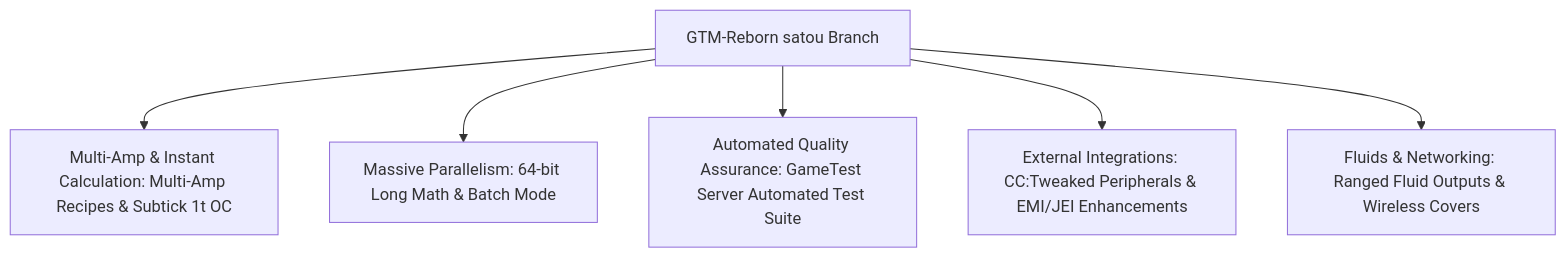
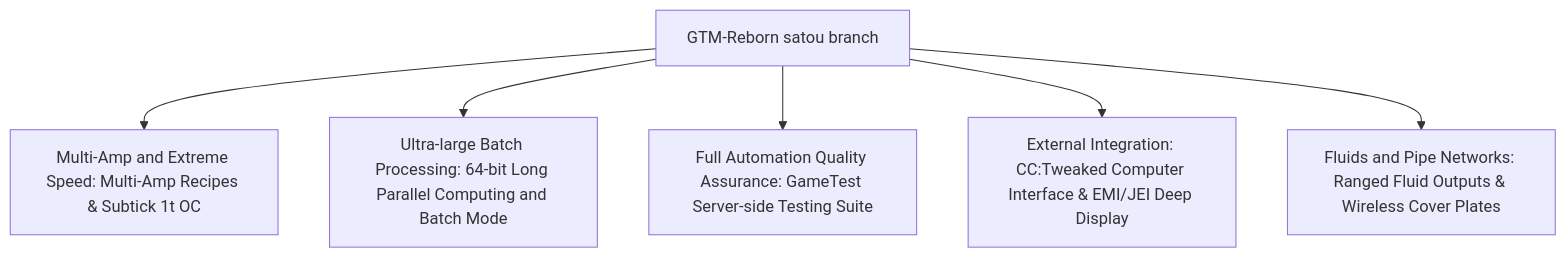
The diagram in docs/en/gtm-reborn/index.md (takanashisatou/GregtechEasy), drawn with Mermaid before and after one commit. The commit also changed other lines of this file and 162 other files, not shown here.

````diff
--- a/docs/en/gtm-reborn/index.md
+++ b/docs/en/gtm-reborn/index.md
@@ -11,8 +11,8 @@
 ```mermaid
 graph TD
-    A[GTM-Reborn satou Branch] --> B[Multi-Amp & Instant Calculation: Multi-Amp Recipes & Subtick 1t OC]
-    A --> C[Massive Parallelism: 64-bit Long Math & Batch Mode]
-    A --> D[Automated Quality Assurance: GameTest Server Automated Test Suite]
-    A --> E[External Integrations: CC:Tweaked Peripherals & EMI/JEI Enhancements]
-    A --> F[Fluids & Networking: Ranged Fluid Outputs & Wireless Covers]
+    A[GTM-Reborn satou branch] --> B[Multi-Amp and Extreme Speed: Multi-Amp Recipes & Subtick 1t OC]
+    A --> C[Ultra-large Batch Processing: 64-bit Long Parallel Computing and Batch Mode]
+    A --> D[Full Automation Quality Assurance: GameTest Server-side Testing Suite]
+    A --> E[External Integration: CC:Tweaked Computer Interface & EMI/JEI Deep Display]
+    A --> F[Fluids and Pipe Networks: Ranged Fluid Outputs & Wireless Cover Plates]
 ```
````
